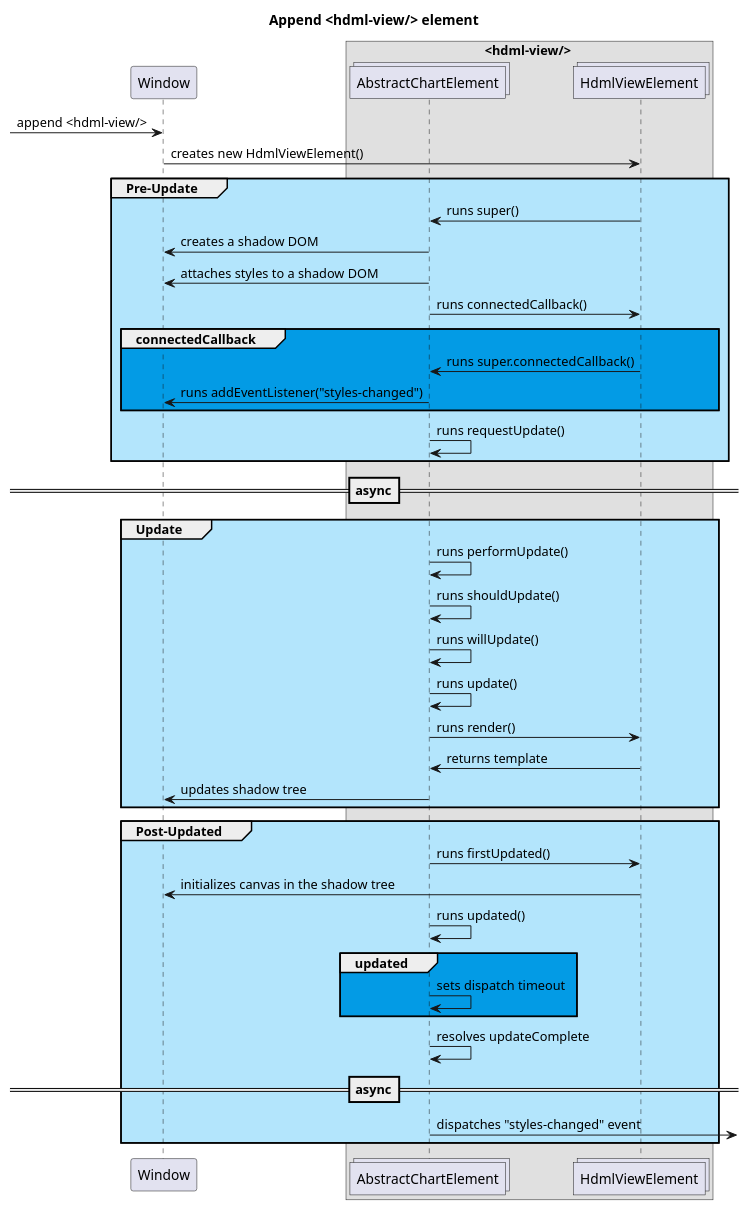
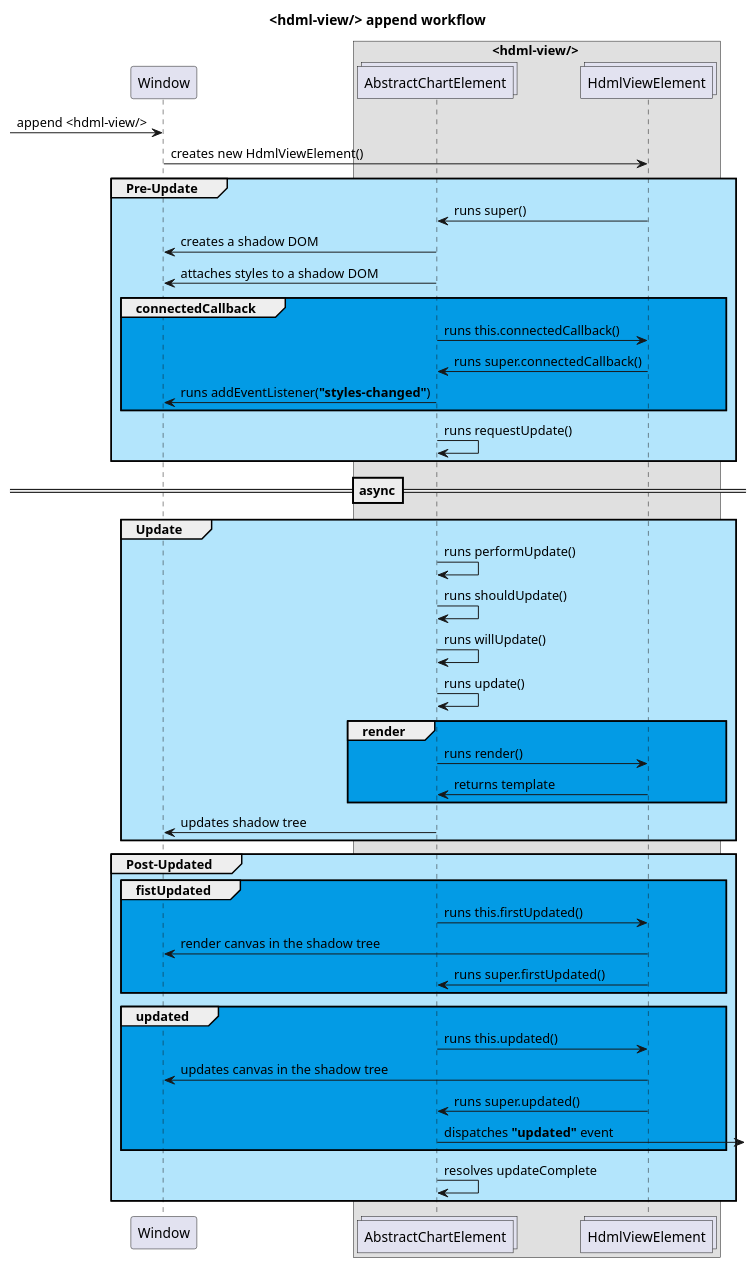
The third of 5 diagrams in uml/puml/charts.puml (hdml-github/hdml), drawn with PlantUML before and after one commit. The commit also changed other lines of this file and 9 other files, not shown here.

Commit message:
<hdml-view/> done

```diff
--- a/uml/puml/charts.puml
+++ b/uml/puml/charts.puml
@@ -58,55 +63,60 @@
-@startuml append_hdml_view
-  
-  title Append <hdml-view/> element
+@startuml hdml_view_append
+  title <hdml-view/> append workflow
 
   participant Window
 
   box <hdml-view/> #e0e0e0
     collections AbstractChartElement
     collections HdmlViewElement
   end box
 
   -> Window: append <hdml-view/>
   Window -> HdmlViewElement: creates new HdmlViewElement()
 
   group #b3e5fc Pre-Update
     AbstractChartElement <- HdmlViewElement: runs super()
     Window <- AbstractChartElement: creates a shadow DOM
     Window <- AbstractChartElement: attaches styles to a shadow DOM
-    AbstractChartElement -> HdmlViewElement: runs connectedCallback()
 
     group #039be5 connectedCallback
+      AbstractChartElement -> HdmlViewElement: runs this.connectedCallback()
       AbstractChartElement <- HdmlViewElement: runs super.connectedCallback()
-      AbstractChartElement -> Window: runs addEventListener("styles-changed")
+      AbstractChartElement -> Window: runs addEventListener(<b>"styles-changed"</b>)
     end
 
     AbstractChartElement -> AbstractChartElement: runs requestUpdate()
   end
 
   ==async==
 
   group #b3e5fc Update
     AbstractChartElement -> AbstractChartElement: runs performUpdate()
     AbstractChartElement -> AbstractChartElement: runs shouldUpdate()
     AbstractChartElement -> AbstractChartElement: runs willUpdate()
     AbstractChartElement -> AbstractChartElement: runs update()
-    AbstractChartElement -> HdmlViewElement: runs render()
-    AbstractChartElement <- HdmlViewElement: returns template
+    
+    group #039be5 render
+      AbstractChartElement -> HdmlViewElement: runs render()
+      AbstractChartElement <- HdmlViewElement: returns template
+    end
+
     Window <- AbstractChartElement: updates shadow tree
   end
 
   group #b3e5fc Post-Updated
-    AbstractChartElement -> HdmlViewElement: runs firstUpdated()
-    Window <- HdmlViewElement: initializes canvas in the shadow tree
-    AbstractChartElement -> AbstractChartElement: runs updated()
+    group #039be5 fistUpdated
+      AbstractChartElement -> HdmlViewElement: runs this.firstUpdated()
+      Window <- HdmlViewElement: render canvas in the shadow tree
+      AbstractChartElement <- HdmlViewElement: runs super.firstUpdated()
+    end
+
     group #039be5 updated
-      AbstractChartElement -> AbstractChartElement: sets dispatch timeout
+      AbstractChartElement -> HdmlViewElement: runs this.updated()
+      Window <- HdmlViewElement: updates canvas in the shadow tree
+      AbstractChartElement <- HdmlViewElement: runs super.updated()
+      AbstractChartElement -> : dispatches <b>"updated"</b> event
     end
+
     AbstractChartElement -> AbstractChartElement: resolves updateComplete
-    
-    ==async==
-
-    AbstractChartElement -> : dispatches "styles-changed" event
   end
-
 @enduml
```
